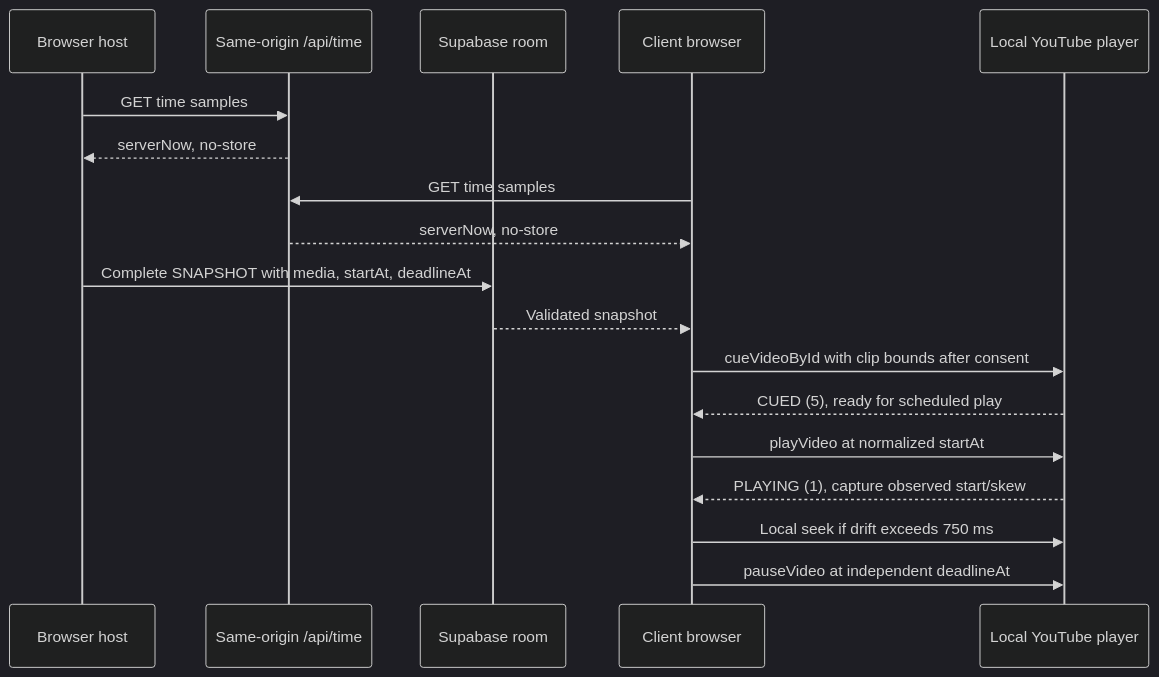
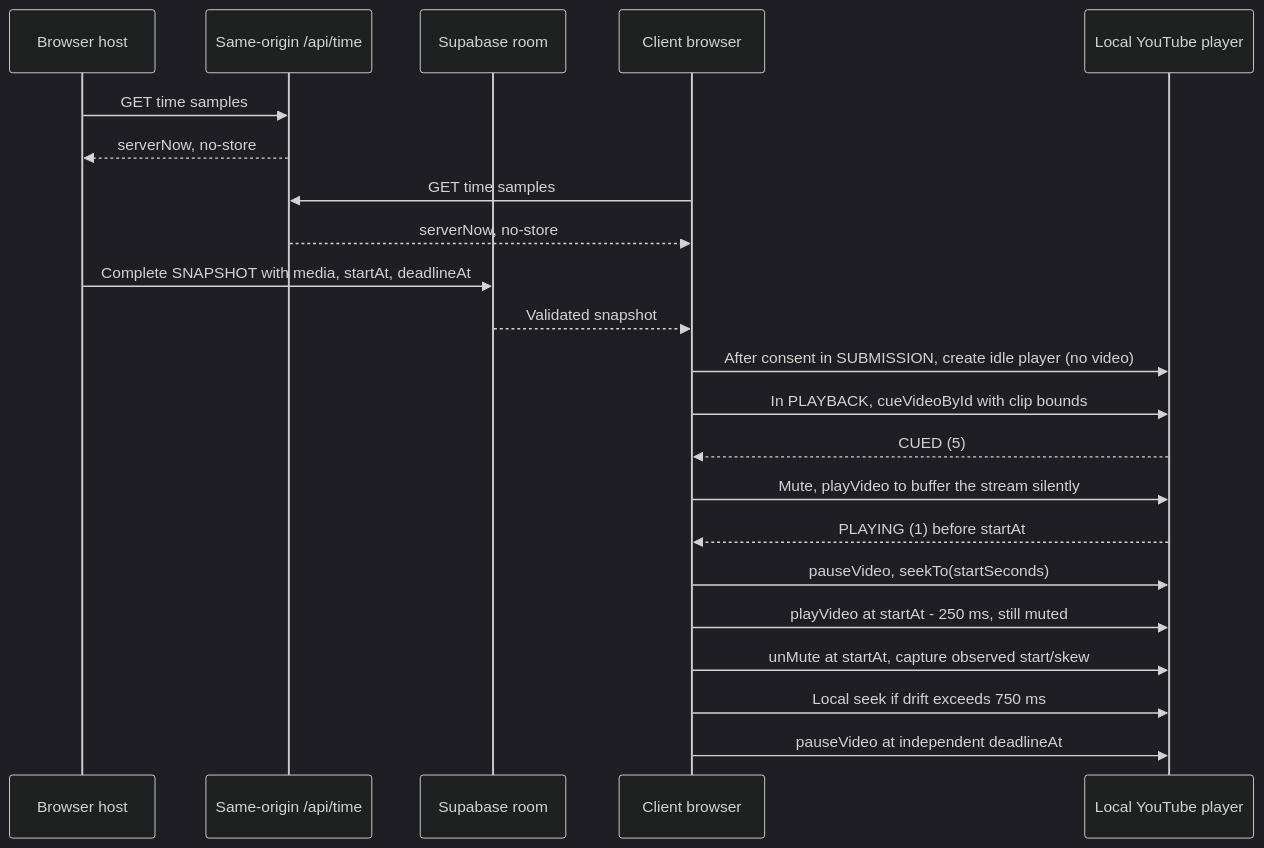
Before and after one commit to minercan42-ux/banger-roulette: the diagram in docs/ARCHITECTURE.md, drawn with Mermaid (dark theme). The commit also changed other lines of this file and 12 other files, not shown here.

First line of the commit message:
feat(player): pre-warm playback and buffer muted before start

````diff
--- a/docs/ARCHITECTURE.md
+++ b/docs/ARCHITECTURE.md
@@ -69,20 +69,24 @@
 ```mermaid
 sequenceDiagram
   participant H as Browser host
   participant T as Same-origin /api/time
   participant R as Supabase room
   participant C as Client browser
   participant Y as Local YouTube player
   H->>T: GET time samples
   T-->>H: serverNow, no-store
   C->>T: GET time samples
   T-->>C: serverNow, no-store
   H->>R: Complete SNAPSHOT with media, startAt, deadlineAt
   R-->>C: Validated snapshot
-  C->>Y: cueVideoById with clip bounds after consent
-  Y-->>C: CUED (5), ready for scheduled play
-  C->>Y: playVideo at normalized startAt
-  Y-->>C: PLAYING (1), capture observed start/skew
+  C->>Y: After consent in SUBMISSION, create idle player (no video)
+  C->>Y: In PLAYBACK, cueVideoById with clip bounds
+  Y-->>C: CUED (5)
+  C->>Y: Mute, playVideo to buffer the stream silently
+  Y-->>C: PLAYING (1) before startAt
+  C->>Y: pauseVideo, seekTo(startSeconds)
+  C->>Y: playVideo at startAt - 250 ms, still muted
+  C->>Y: unMute at startAt, capture observed start/skew
   C->>Y: Local seek if drift exceeds 750 ms
   C->>Y: pauseVideo at independent deadlineAt
 ```
````
